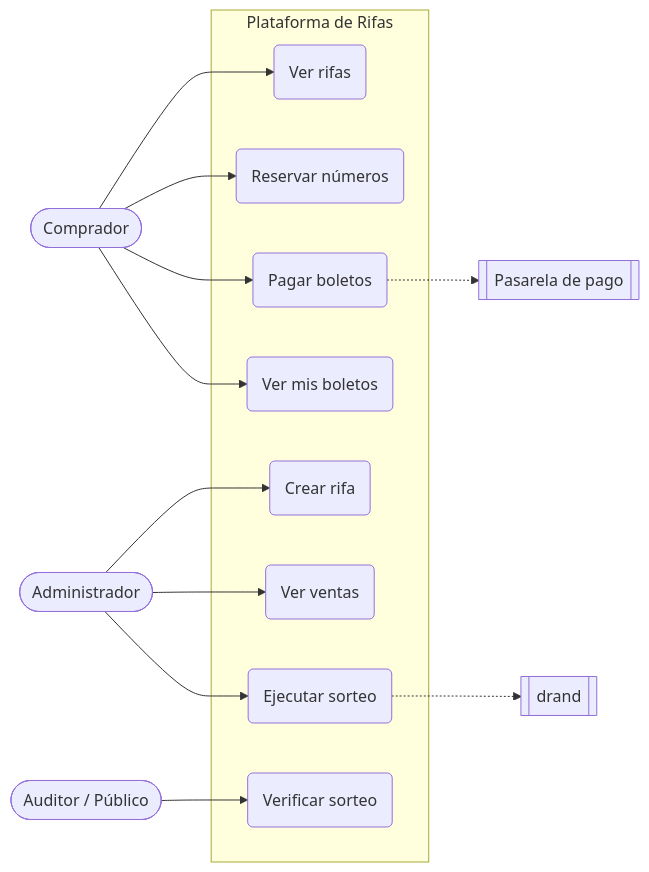
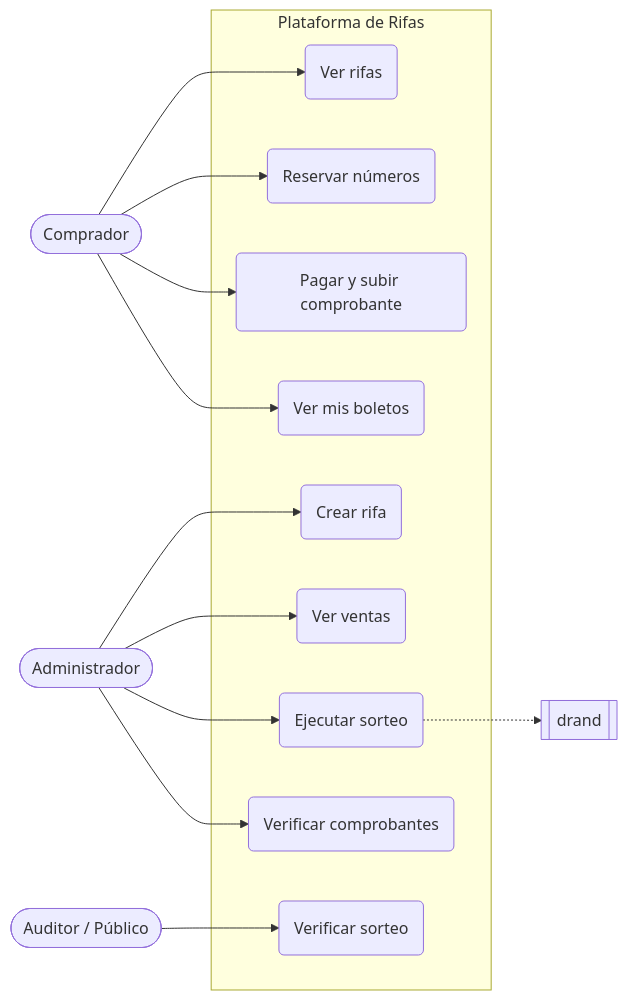
One commit to kanoso/ecommcerce-saas-sonet changed the first of 12 diagrams in DOCS/RIFAS/ESPECIFICACIONES-RIFAS.md. Above: the diagram before and after it, drawn with Mermaid. The commit also changed other lines of this file and 444 other files, not shown here.

````diff
--- a/DOCS/RIFAS/ESPECIFICACIONES-RIFAS.md
+++ b/DOCS/RIFAS/ESPECIFICACIONES-RIFAS.md
@@ -54,25 +54,24 @@
 ```mermaid
 flowchart LR
     C([Comprador])
     A([Administrador])
     P([Auditor / Público])
-    PG[[Pasarela de pago]]
     DR[[drand]]
 
     subgraph Sistema["Plataforma de Rifas"]
         UC1(Ver rifas)
         UC2(Reservar números)
-        UC3(Pagar boletos)
+        UC3(Pagar y subir comprobante)
         UC4(Ver mis boletos)
         UC5(Crear rifa)
         UC6(Ver ventas)
         UC7(Ejecutar sorteo)
         UC8(Verificar sorteo)
+        UC9(Verificar comprobantes)
     end
 
     C --> UC1 & UC2 & UC3 & UC4
-    A --> UC5 & UC6 & UC7
+    A --> UC5 & UC6 & UC7 & UC9
     P --> UC8
-    UC3 -.-> PG
     UC7 -.-> DR
 ```
````
